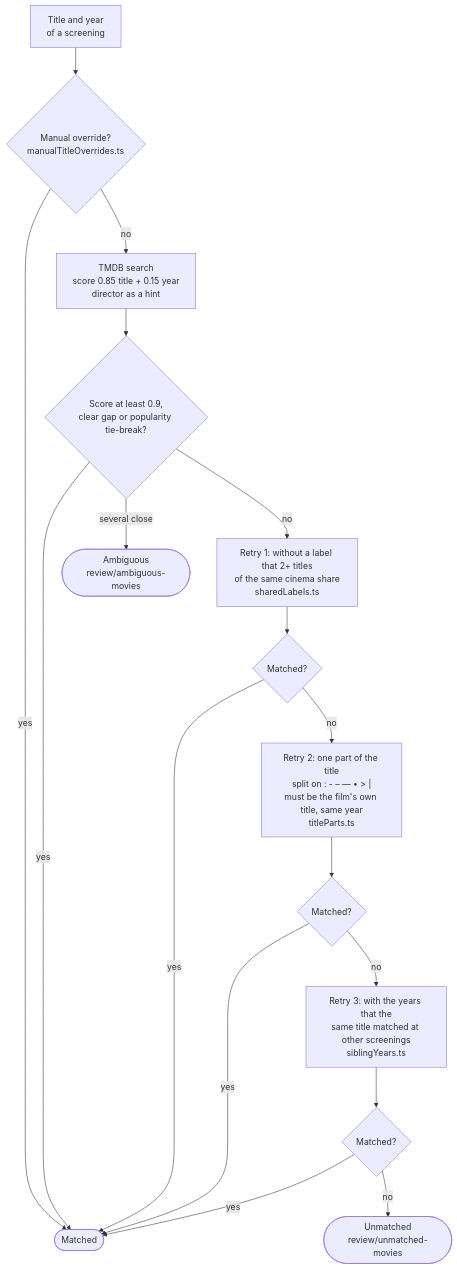
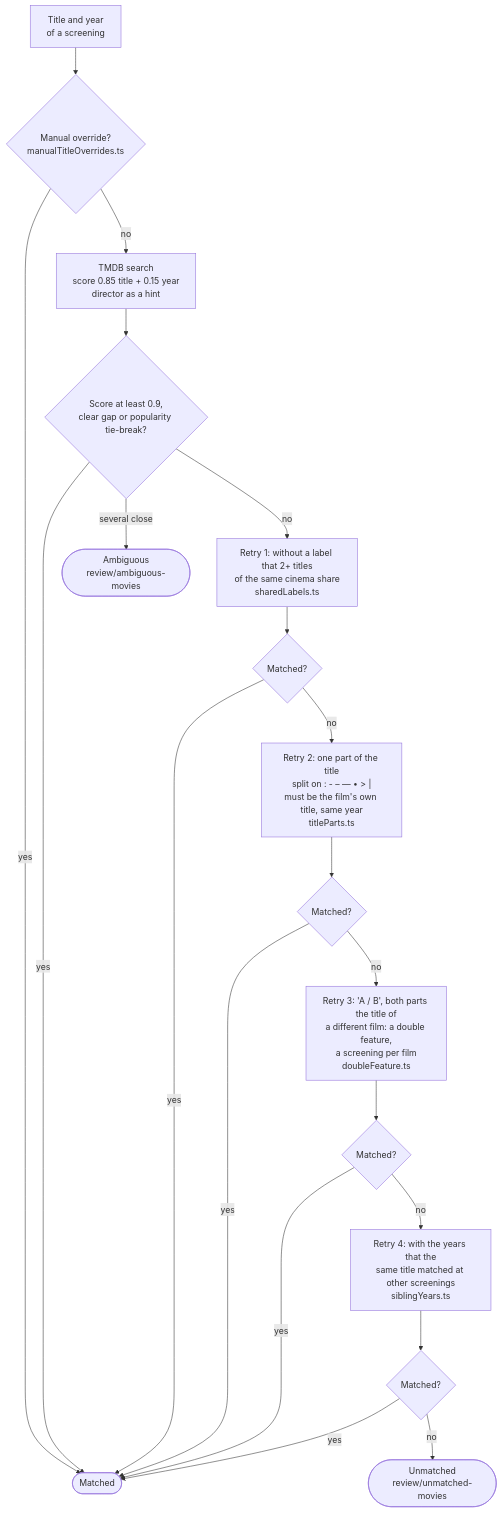
One commit to ckuijjer/expatcinema.com changed the second of 3 diagrams in docs/pipeline.md. Above: the diagram before and after it, drawn with Mermaid. The commit also changed 13 other files, not shown here.

First line of the commit message:
Show a double feature as one row with both posters

````diff
--- a/docs/pipeline.md
+++ b/docs/pipeline.md
@@ -42,20 +42,23 @@
 ```mermaid
 flowchart TD
   lookup["Title and year<br/>of a screening"] --> manual{"Manual override?<br/>manualTitleOverrides.ts"}
   manual -- yes --> matched
   manual -- no --> search["TMDB search<br/>score 0.85 title + 0.15 year<br/>director as a hint"]
   search --> confident{"Score at least 0.9,<br/>clear gap or popularity tie-break?"}
   confident -- yes --> matched(["Matched"])
   confident -- "several close" --> ambiguous(["Ambiguous<br/>review/ambiguous-movies"])
   confident -- no --> shared
 
   shared["Retry 1: without a label that 2+ titles<br/>of the same cinema share<br/>sharedLabels.ts"] --> sharedOk{Matched?}
   sharedOk -- yes --> matched
   sharedOk -- no --> parts["Retry 2: one part of the title<br/>split on : - – — • > |<br/>must be the film's own title, same year<br/>titleParts.ts"]
   parts --> partsOk{Matched?}
   partsOk -- yes --> matched
-  partsOk -- no --> siblings["Retry 3: with the years that the<br/>same title matched at other screenings<br/>siblingYears.ts"]
+  partsOk -- no --> double["Retry 3: 'A / B', both parts the title of<br/>a different film: a double feature,<br/>a screening per film<br/>doubleFeature.ts"]
+  double --> doubleOk{Matched?}
+  doubleOk -- yes --> matched
+  doubleOk -- no --> siblings["Retry 4: with the years that the<br/>same title matched at other screenings<br/>siblingYears.ts"]
   siblings --> siblingsOk{Matched?}
   siblingsOk -- yes --> matched
   siblingsOk -- no --> unmatched(["Unmatched<br/>review/unmatched-movies"])
 ```
````
